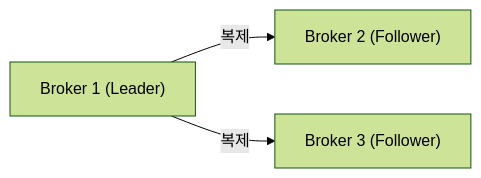
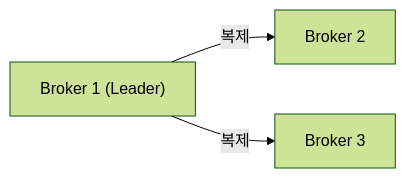
One commit to yjkim2015/yjkim2015.github.io changed the first of 21 diagrams in _posts/kafka/2026-05-01-kafka-extreme-scenarios.md. Above: the diagram before and after it, drawn with Mermaid (forest theme). The commit also changed other lines of this file and 245 other files, not shown here.

First line of the commit message:
Mermaid 다이어그램 전면 수정 + 면접 포인트 접기/펼치기 + DB 데드락 페이지

````diff
--- a/_posts/kafka/2026-05-01-kafka-extreme-scenarios.md
+++ b/_posts/kafka/2026-05-01-kafka-extreme-scenarios.md
@@ -24,5 +24,5 @@
 ```mermaid
 graph LR
-    B1["Broker 1 (Leader)"] -->|복제| B2["Broker 2 (Follower)"]
-    B1 -->|복제| B3["Broker 3 (Follower)"]
+    B1["Broker 1 (Leader)"] -->|복제| B2["Broker 2"]
+    B1 -->|복제| B3["Broker 3"]
 ```
````
